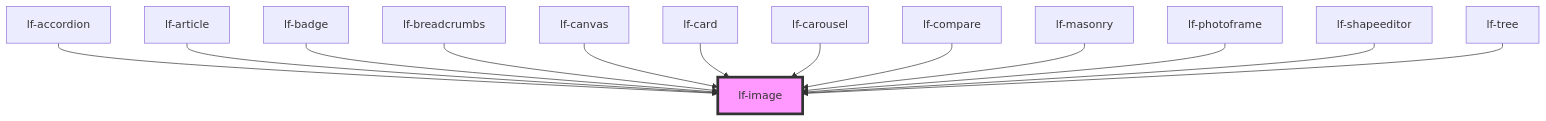
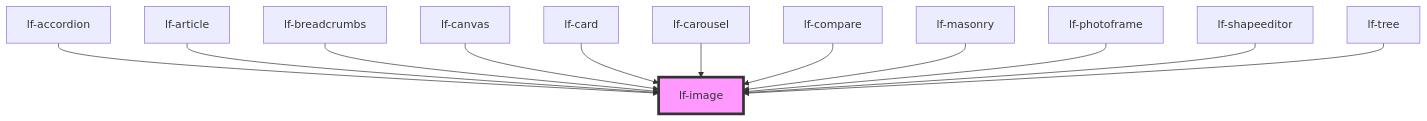
Before and after one commit to lucafoscili/lf-widgets: the diagram in packages/core/src/components/lf-image/readme.md, drawn with Mermaid. The commit also changed other lines of this file and 74 other files, not shown here.

First line of the commit message:
chore: Refactor to functional component architecture for UI rendering

````diff
--- a/packages/core/src/components/lf-image/readme.md
+++ b/packages/core/src/components/lf-image/readme.md
@@ -122,16 +121,15 @@
 ```mermaid
 graph TD;
   lf-accordion --> lf-image
   lf-article --> lf-image
-  lf-badge --> lf-image
   lf-breadcrumbs --> lf-image
   lf-canvas --> lf-image
   lf-card --> lf-image
   lf-carousel --> lf-image
   lf-compare --> lf-image
   lf-masonry --> lf-image
   lf-photoframe --> lf-image
   lf-shapeeditor --> lf-image
   lf-tree --> lf-image
   style lf-image fill:#f9f,stroke:#333,stroke-width:4px
 ```
````
